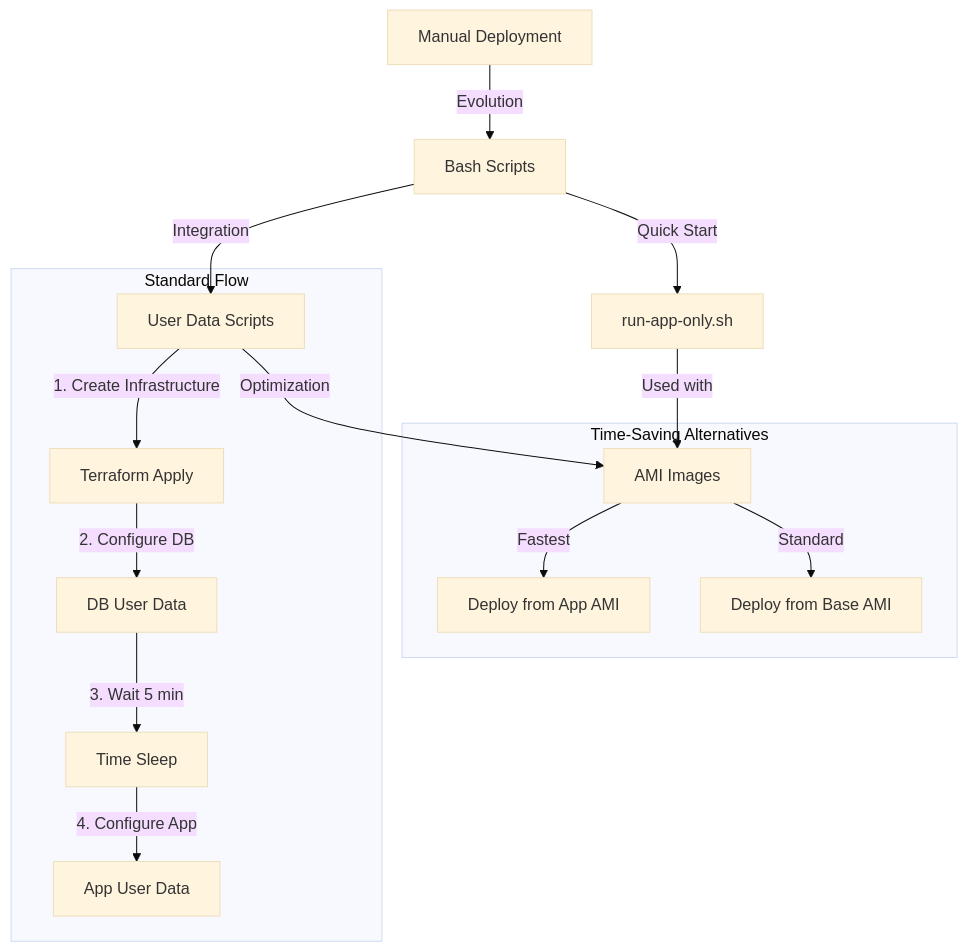
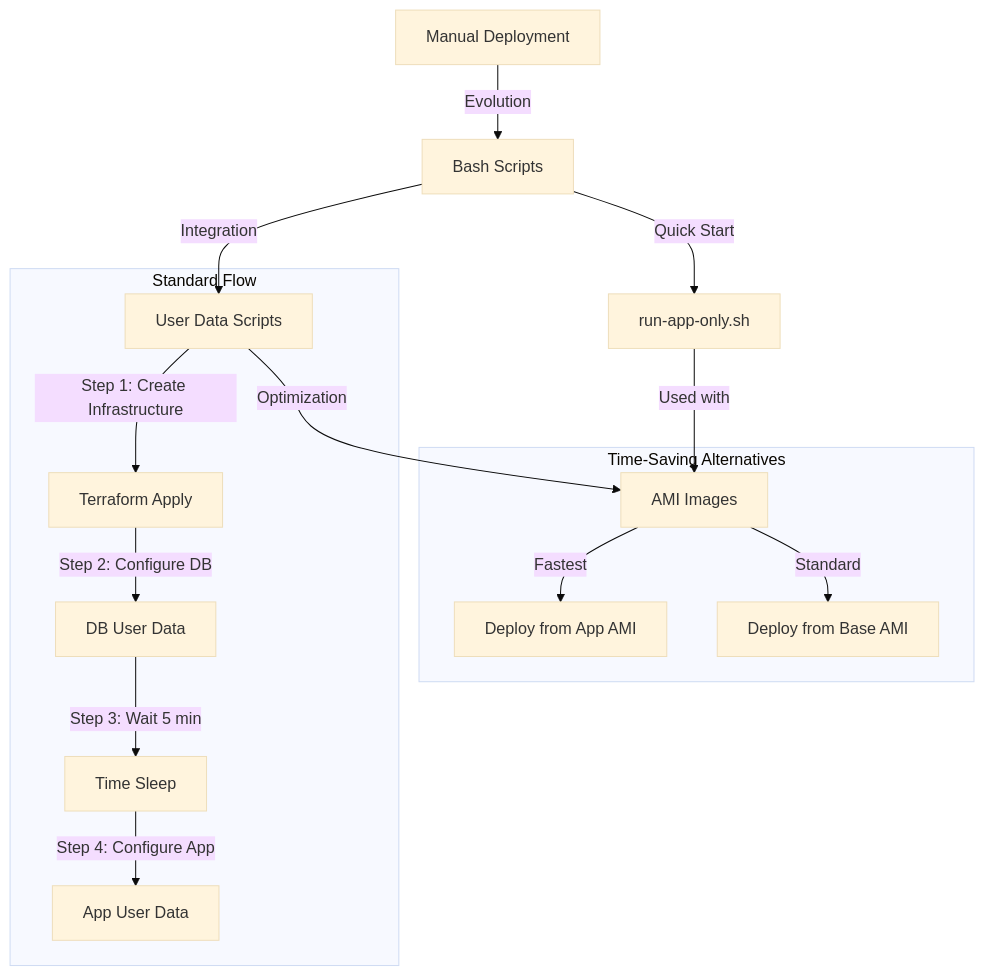
Before and after one commit to stravos97/tech501-terraform-aws: the diagram in create-ec2-two-tier/README.md, drawn with Mermaid (base theme).

Commit message:
Improve README.md by adding step numbers to the infrastructure creation flow

````diff
--- a/create-ec2-two-tier/README.md
+++ b/create-ec2-two-tier/README.md
@@ -22,21 +22,21 @@
 ```mermaid
 graph TD
     A[Manual Deployment] -->|Evolution| B[Bash Scripts]
     B -->|Integration| C[User Data Scripts]
     C -->|Optimization| D[AMI Images]
     
     B -->|Quick Start| E[run-app-only.sh]
     E -->|Used with| D
     
     subgraph "Time-Saving Alternatives"
         D -->|Fastest| F[Deploy from App AMI]
         D -->|Standard| G[Deploy from Base AMI]
     end
     
     subgraph "Standard Flow"
-        C -->|1. Create Infrastructure| H[Terraform Apply]
-        H -->|2. Configure DB| I[DB User Data]
-        I -->|3. Wait 5 min| J[Time Sleep]
-        J -->|4. Configure App| K[App User Data]
+        C -->|"Step 1: Create Infrastructure"| H[Terraform Apply]
+        H -->|"Step 2: Configure DB"| I[DB User Data]
+        I -->|"Step 3: Wait 5 min"| J[Time Sleep]
+        J -->|"Step 4: Configure App"| K[App User Data]
     end
 ```
````
